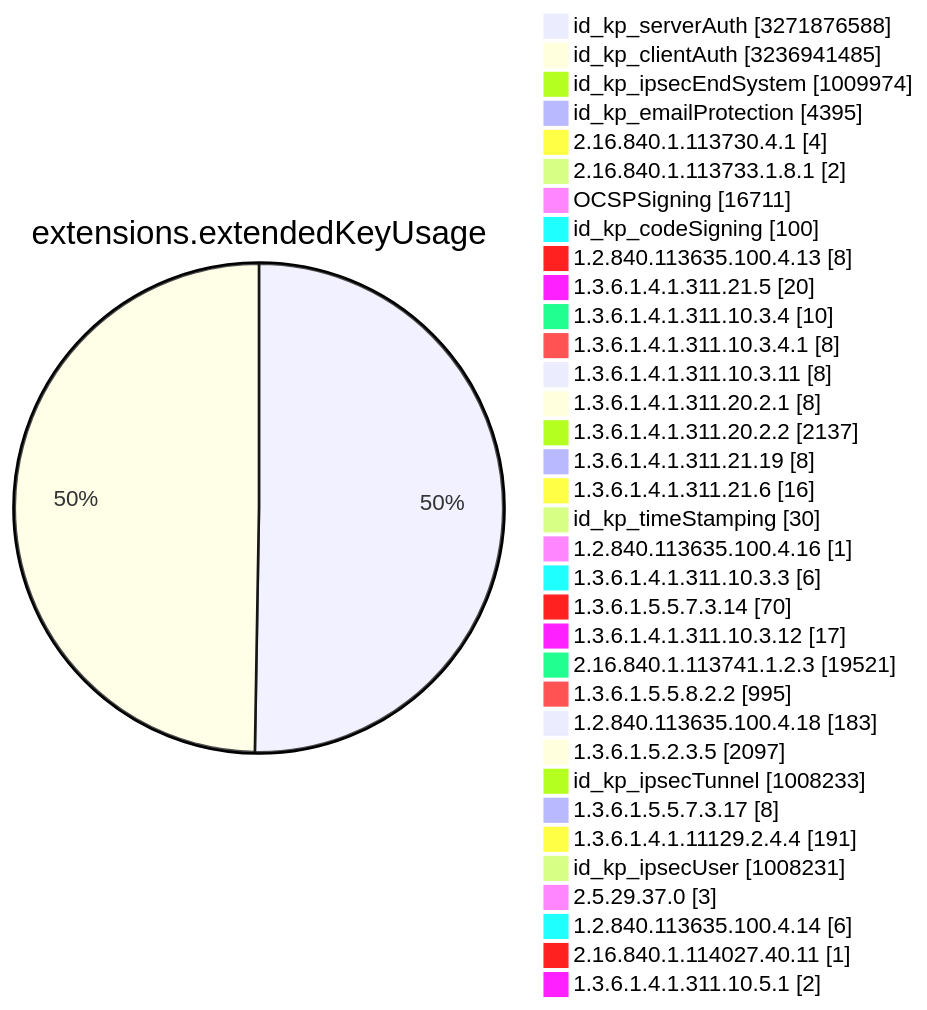
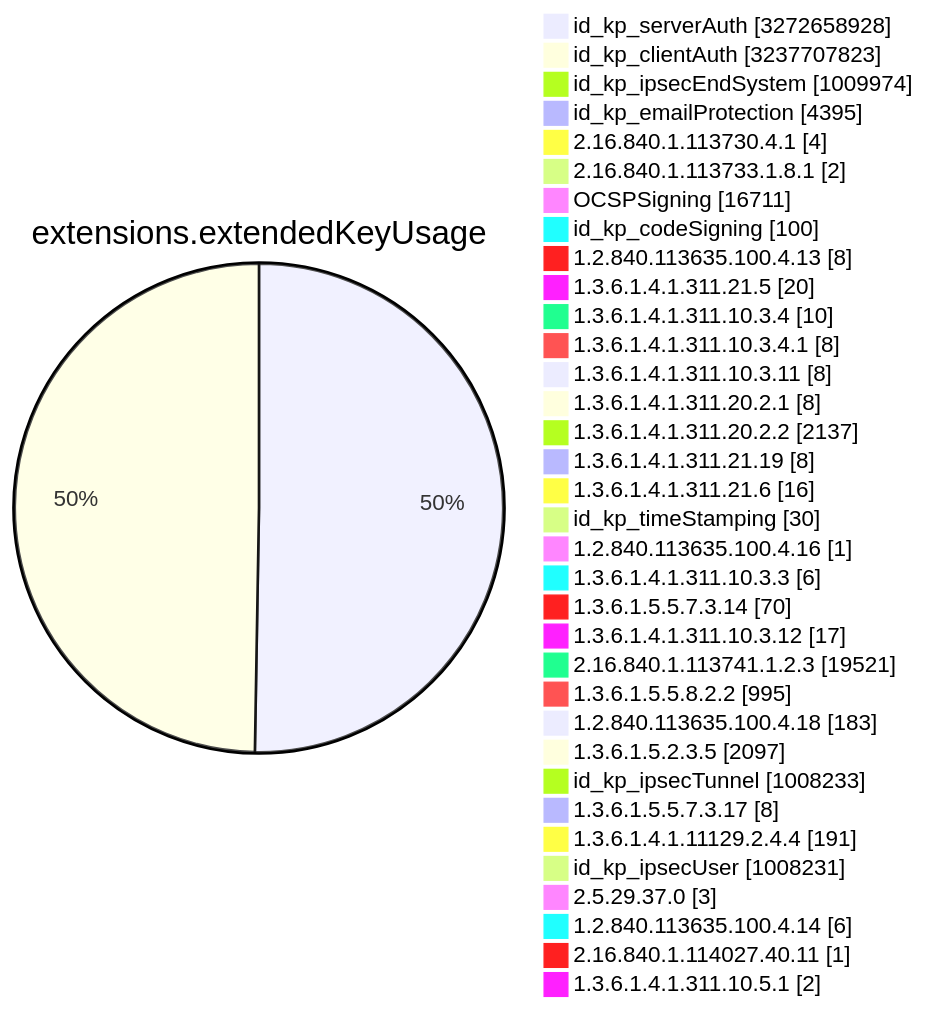
Diagram 11 of 15 in TOTAL/README.md (christiankrug/ctmonitor_visualization), drawn with Mermaid before and after one commit. The commit also changed other lines of this file, not shown here.

````diff
--- a/TOTAL/README.md
+++ b/TOTAL/README.md
@@ -4119,38 +4119,38 @@
 ```mermaid
 pie showData
 title extensions.extendedKeyUsage
-"id_kp_serverAuth" :3271876588
-"id_kp_clientAuth" :3236941485
+"id_kp_serverAuth" :3272658928
+"id_kp_clientAuth" :3237707823
 "id_kp_ipsecEndSystem" :1009974
 "id_kp_emailProtection" :4395
 "2.16.840.1.113730.4.1" :4
 "2.16.840.1.113733.1.8.1" :2
 "OCSPSigning" :16711
 "id_kp_codeSigning" :100
 "1.2.840.113635.100.4.13" :8
 "1.3.6.1.4.1.311.21.5" :20
 "1.3.6.1.4.1.311.10.3.4" :10
 "1.3.6.1.4.1.311.10.3.4.1" :8
 "1.3.6.1.4.1.311.10.3.11" :8
 "1.3.6.1.4.1.311.20.2.1" :8
 "1.3.6.1.4.1.311.20.2.2" :2137
 "1.3.6.1.4.1.311.21.19" :8
 "1.3.6.1.4.1.311.21.6" :16
 "id_kp_timeStamping" :30
 "1.2.840.113635.100.4.16" :1
 "1.3.6.1.4.1.311.10.3.3" :6
 "1.3.6.1.5.5.7.3.14" :70
 "1.3.6.1.4.1.311.10.3.12" :17
 "2.16.840.1.113741.1.2.3" :19521
 "1.3.6.1.5.5.8.2.2" :995
 "1.2.840.113635.100.4.18" :183
 "1.3.6.1.5.2.3.5" :2097
 "id_kp_ipsecTunnel" :1008233
 "1.3.6.1.5.5.7.3.17" :8
 "1.3.6.1.4.1.11129.2.4.4" :191
 "id_kp_ipsecUser" :1008231
 "2.5.29.37.0" :3
 "1.2.840.113635.100.4.14" :6
 "2.16.840.1.114027.40.11" :1
 "1.3.6.1.4.1.311.10.5.1" :2
 ```
````
